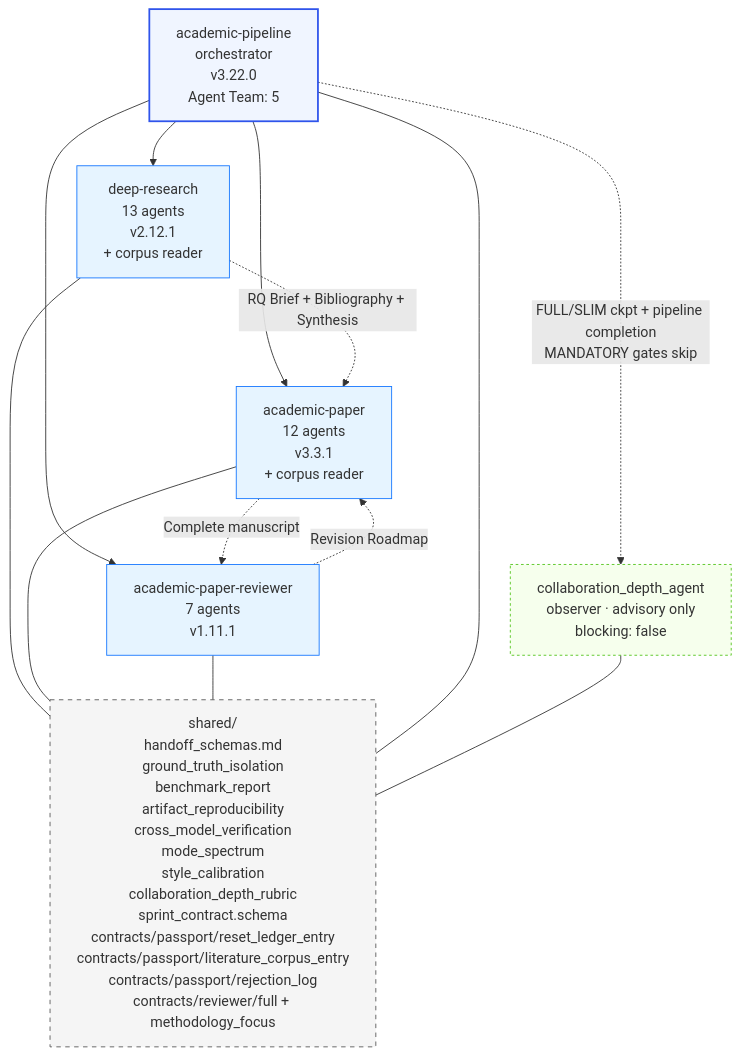
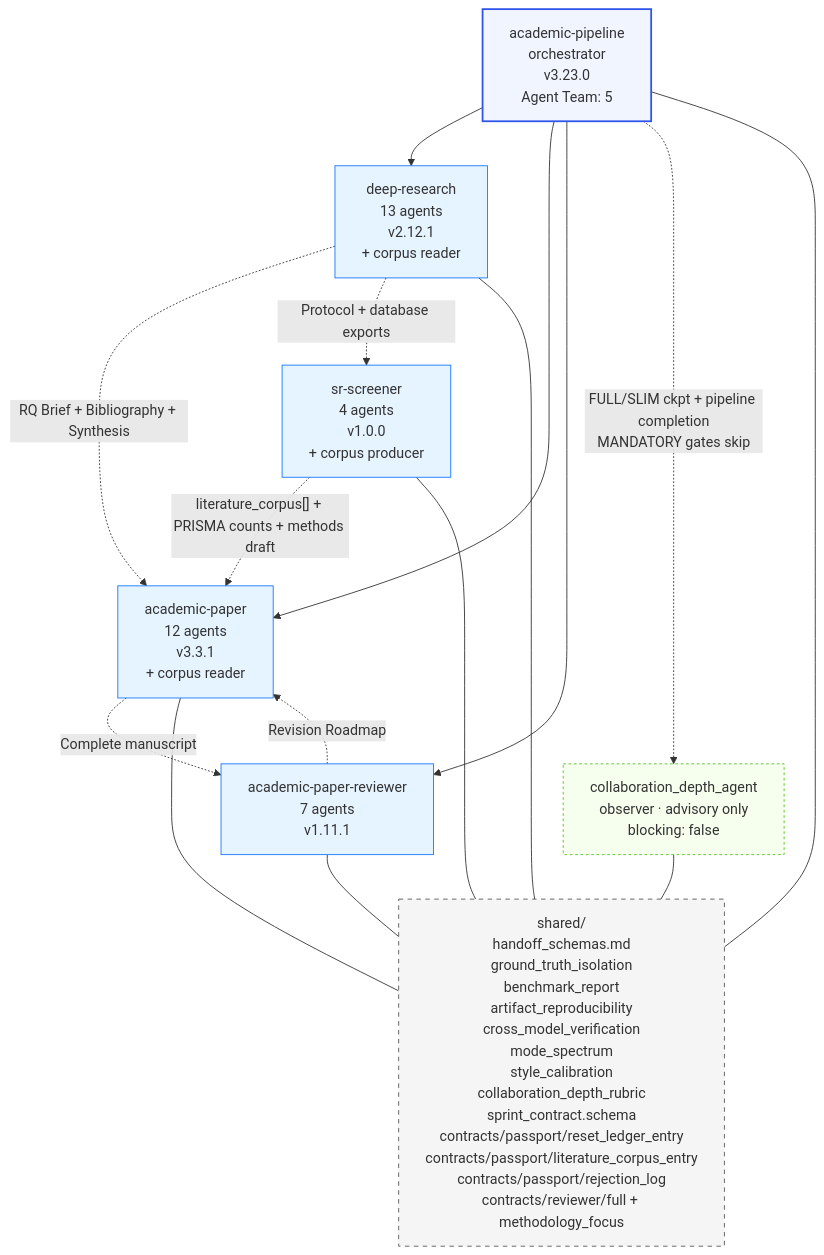
The fourth of 5 diagrams in skills/urban-exposure-review-radar-workflow/subskills/academic-research-suite/ars/docs/ARCHITECTURE.md (Lzy599775/agent-auto-sci-skills), drawn with Mermaid before and after one commit. The commit also changed other lines of this file and 629 other files, not shown here.

````diff
--- a/skills/urban-exposure-review-radar-workflow/subskills/academic-research-suite/ars/docs/ARCHITECTURE.md
+++ b/skills/urban-exposure-review-radar-workflow/subskills/academic-research-suite/ars/docs/ARCHITECTURE.md
@@ -218,31 +220,35 @@
 ```mermaid
 graph TD
-    Pipeline[academic-pipeline<br/>orchestrator<br/>v3.22.0<br/>Agent Team: 5]
+    Pipeline[academic-pipeline<br/>orchestrator<br/>v3.23.0<br/>Agent Team: 5]
     Observer[collaboration_depth_agent<br/>observer · advisory only<br/>blocking: false]
     DR[deep-research<br/>13 agents<br/>v2.12.1<br/>+ corpus reader]
     AP[academic-paper<br/>12 agents<br/>v3.3.1<br/>+ corpus reader]
     APR[academic-paper-reviewer<br/>7 agents<br/>v1.11.1]
+    SRS[sr-screener<br/>4 agents<br/>v1.0.0<br/>+ corpus producer]
     Shared[shared/<br/>handoff_schemas.md<br/>ground_truth_isolation<br/>benchmark_report<br/>artifact_reproducibility<br/>cross_model_verification<br/>mode_spectrum<br/>style_calibration<br/>collaboration_depth_rubric<br/>sprint_contract.schema<br/>contracts/passport/reset_ledger_entry<br/>contracts/passport/literature_corpus_entry<br/>contracts/passport/rejection_log<br/>contracts/reviewer/full + methodology_focus]
 
     Pipeline --> DR
     Pipeline --> AP
     Pipeline --> APR
     Pipeline -. "FULL/SLIM ckpt + pipeline completion<br/>MANDATORY gates skip" .-> Observer
     DR -. "RQ Brief + Bibliography + Synthesis" .-> AP
     AP -. "Complete manuscript" .-> APR
     APR -. "Revision Roadmap" .-> AP
+    DR -. "Protocol + database exports" .-> SRS
+    SRS -. "literature_corpus[] + PRISMA counts + methods draft" .-> AP
     DR --- Shared
     AP --- Shared
     APR --- Shared
     Pipeline --- Shared
     Observer --- Shared
+    SRS --- Shared
 
     classDef orch fill:#f0f5ff,stroke:#2f54eb,stroke-width:2px
     classDef skill fill:#e6f4ff,stroke:#1677ff
     classDef shared fill:#f5f5f5,stroke:#595959,stroke-dasharray:5 5
     classDef observer fill:#f6ffed,stroke:#52c41a,stroke-dasharray:3 3
     class Pipeline orch
-    class DR,AP,APR skill
+    class DR,AP,APR,SRS skill
     class Shared shared
     class Observer observer
 ```
````
